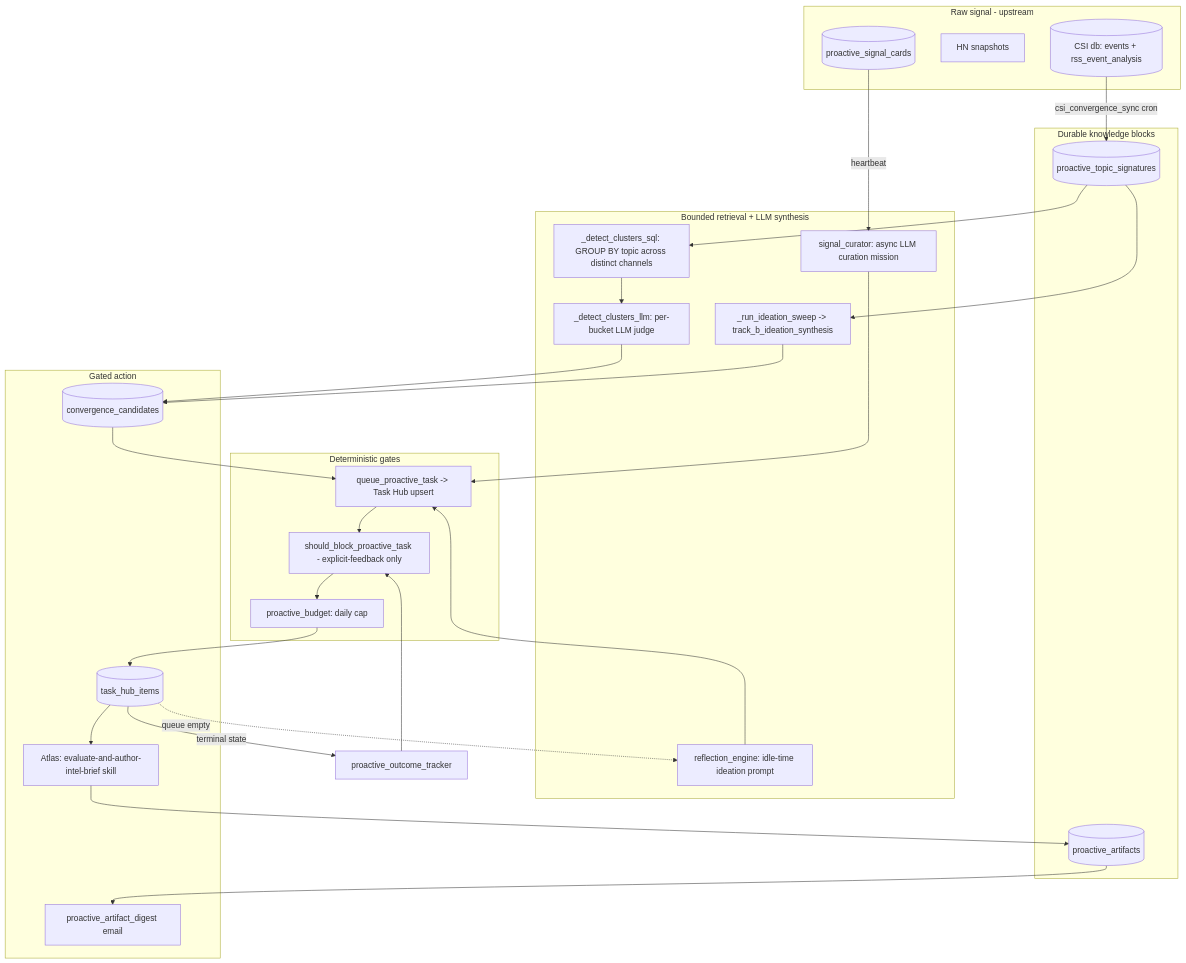
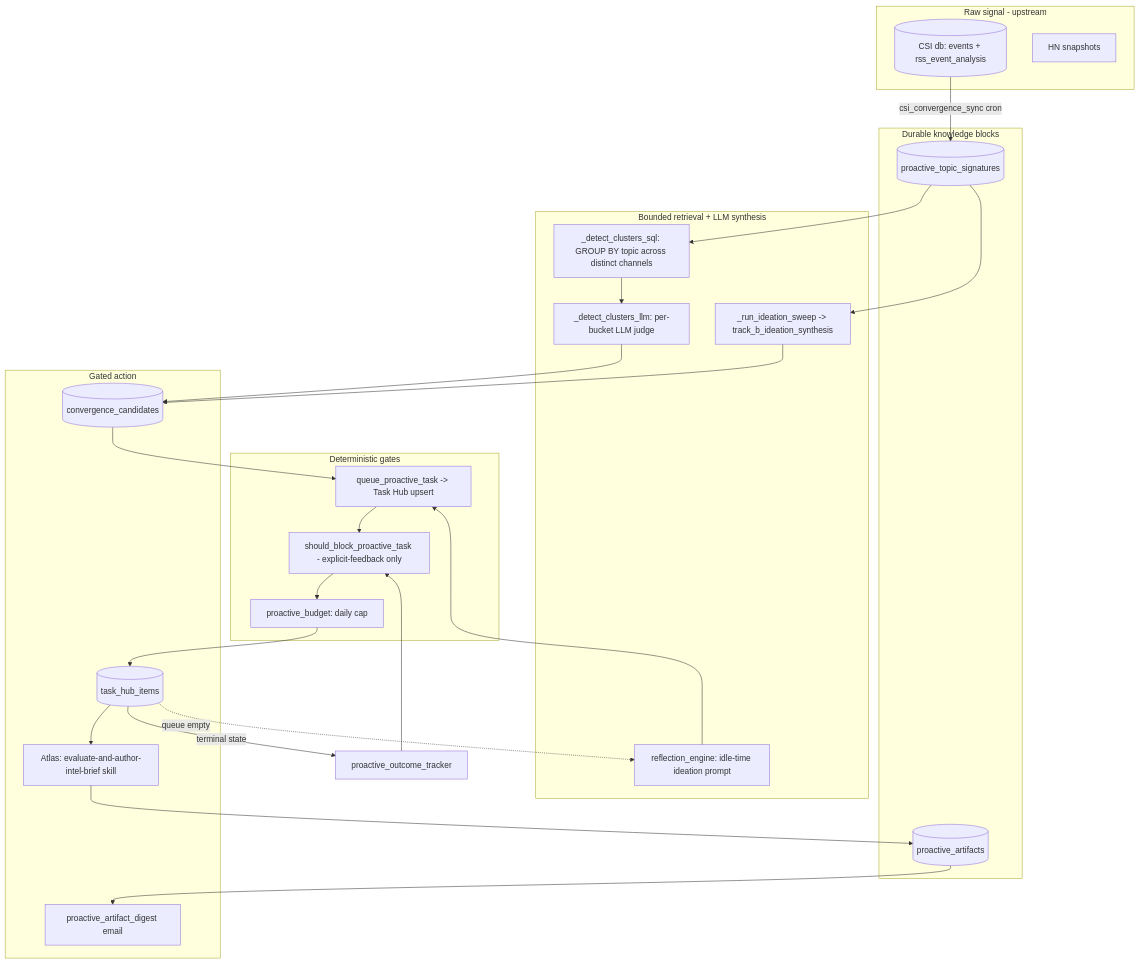
One commit to Kjdragan/universal_agent changed the diagram in project_docs/04_intelligence/10_proactive_pipeline.md. Above: the diagram before and after it, drawn with Mermaid. The commit also changed other lines of this file and 10 other files, not shown here.

````diff
--- a/project_docs/04_intelligence/10_proactive_pipeline.md
+++ b/project_docs/04_intelligence/10_proactive_pipeline.md
@@ -60,46 +61,43 @@
 ```mermaid
 flowchart TD
     subgraph RAW[Raw signal - upstream]
         CSI[(CSI db: events + rss_event_analysis)]
         HN[HN snapshots]
-        CARDS[(proactive_signal_cards)]
     end
 
     subgraph KNOW[Durable knowledge blocks]
         SIG[(proactive_topic_signatures)]
         ART[(proactive_artifacts)]
     end
 
     subgraph SYN[Bounded retrieval + LLM synthesis]
         SQLREC[_detect_clusters_sql: GROUP BY topic across distinct channels]
         LLMPREC[_detect_clusters_llm: per-bucket LLM judge]
         IDEA[_run_ideation_sweep -> track_b_ideation_synthesis]
-        CURATE[signal_curator: async LLM curation mission]
         REFLECT[reflection_engine: idle-time ideation prompt]
     end
 
     subgraph GATE[Deterministic gates]
         PREF[should_block_proactive_task - explicit-feedback only]
         BUDGET[proactive_budget: daily cap]
         QUEUE[queue_proactive_task -> Task Hub upsert]
     end
 
     subgraph ACT[Gated action]
         CAND[(convergence_candidates)]
         TASK[(task_hub_items)]
         ATLAS[Atlas: evaluate-and-author-intel-brief skill]
         DIGEST[proactive_artifact_digest email]
     end
 
     CSI -->|csi_convergence_sync cron| SIG
     SIG --> SQLREC --> LLMPREC --> CAND
     SIG --> IDEA --> CAND
-    CARDS -->|heartbeat| CURATE --> QUEUE
     TASK -.->|queue empty| REFLECT --> QUEUE
     CAND --> QUEUE
     QUEUE --> PREF --> BUDGET --> TASK
     TASK --> ATLAS --> ART
     ART --> DIGEST
     TASK -->|terminal state| OUT[proactive_outcome_tracker]
     OUT --> PREF
 ```
````
